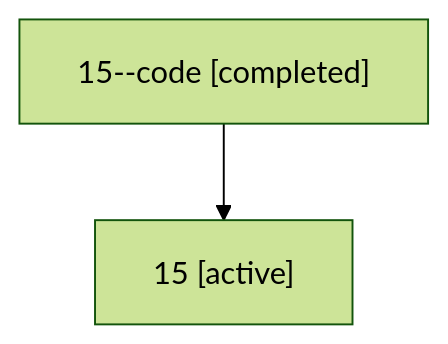
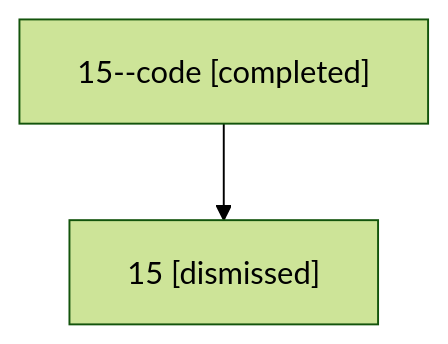
The diagram in sessions/bbugyi200.athena.15.md (bobs-org/bob-cli--agents), drawn with Mermaid (forest theme) before and after one commit. The commit also changed other lines of this file and 5 other files, not shown here.

````diff
--- a/sessions/bbugyi200.athena.15.md
+++ b/sessions/bbugyi200.athena.15.md
@@ -9,6 +9,6 @@
 ```mermaid
 flowchart TD
   n0["15--code [completed]"]
-  n1["15 [active]"]
+  n1["15 [dismissed]"]
   n0 --> n1
 ```
````
